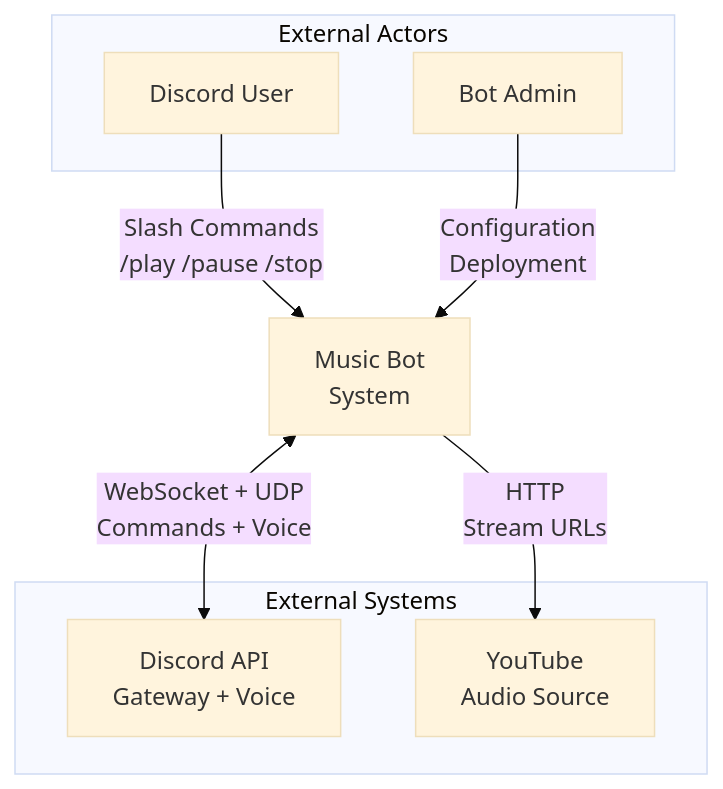
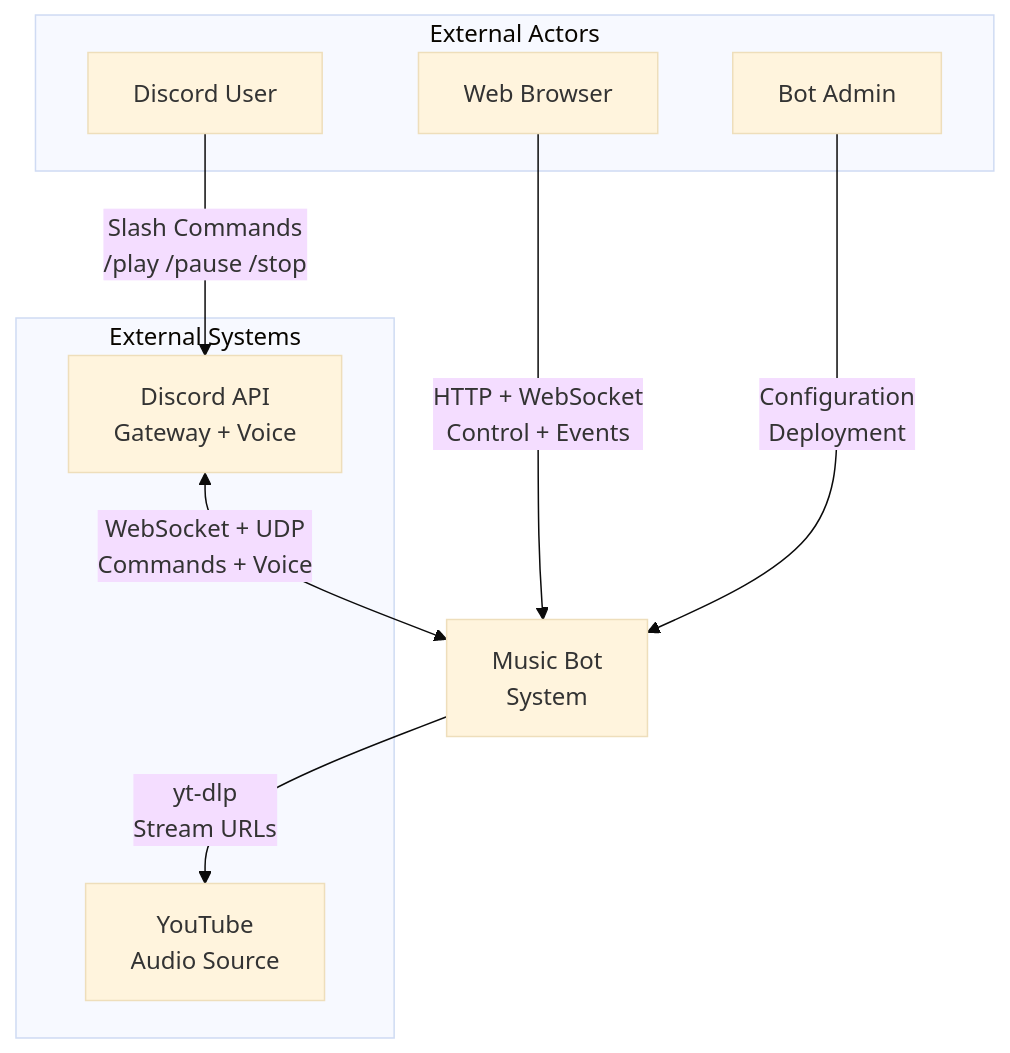
The first of 5 diagrams in .c3/c3-0-context/README.md (thewind121212/natashi), drawn with Mermaid (base theme) before and after one commit. The commit also changed other lines of this file and 34 other files, not shown here.

````diff
--- a/.c3/c3-0-context/README.md
+++ b/.c3/c3-0-context/README.md
@@ -9,20 +9,22 @@
 ```mermaid
 flowchart TB
     subgraph Actors["External Actors"]
         USER[Discord User]
+        BROWSER[Web Browser]
         ADMIN[Bot Admin]
     end
 
     subgraph External["External Systems"]
         DISCORD_API[Discord API<br/>Gateway + Voice]
         YOUTUBE[YouTube<br/>Audio Source]
     end
 
     MUSICBOT[Music Bot<br/>System]
 
-    USER -->|Slash Commands<br/>/play /pause /stop| MUSICBOT
+    USER -->|Slash Commands<br/>/play /pause /stop| DISCORD_API
+    BROWSER -->|HTTP + WebSocket<br/>Control + Events| MUSICBOT
     ADMIN -->|Configuration<br/>Deployment| MUSICBOT
 
-    MUSICBOT <-->|WebSocket + UDP<br/>Commands + Voice| DISCORD_API
-    MUSICBOT -->|HTTP<br/>Stream URLs| YOUTUBE
+    DISCORD_API <-->|WebSocket + UDP<br/>Commands + Voice| MUSICBOT
+    MUSICBOT -->|yt-dlp<br/>Stream URLs| YOUTUBE
 ```
````
